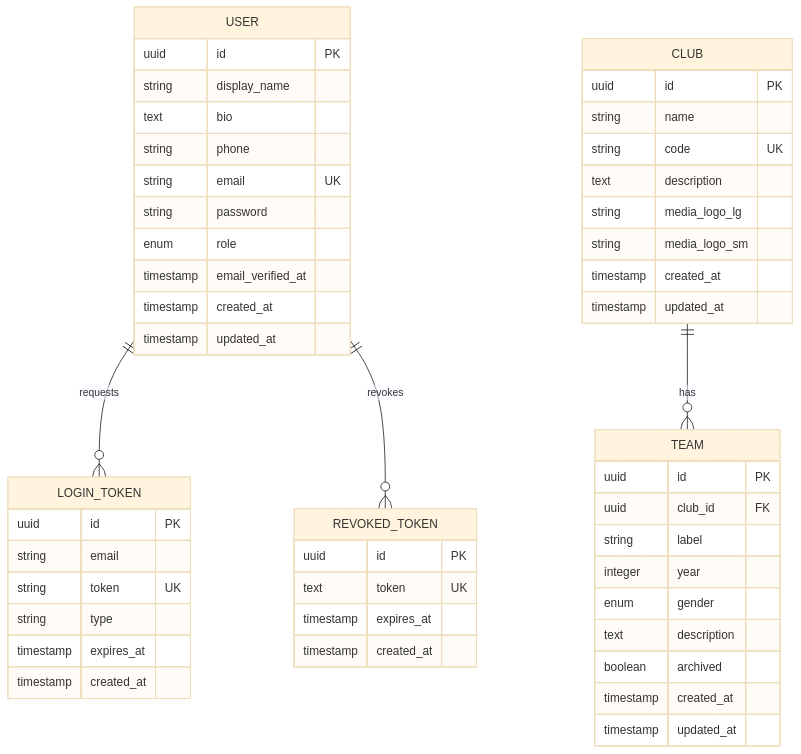
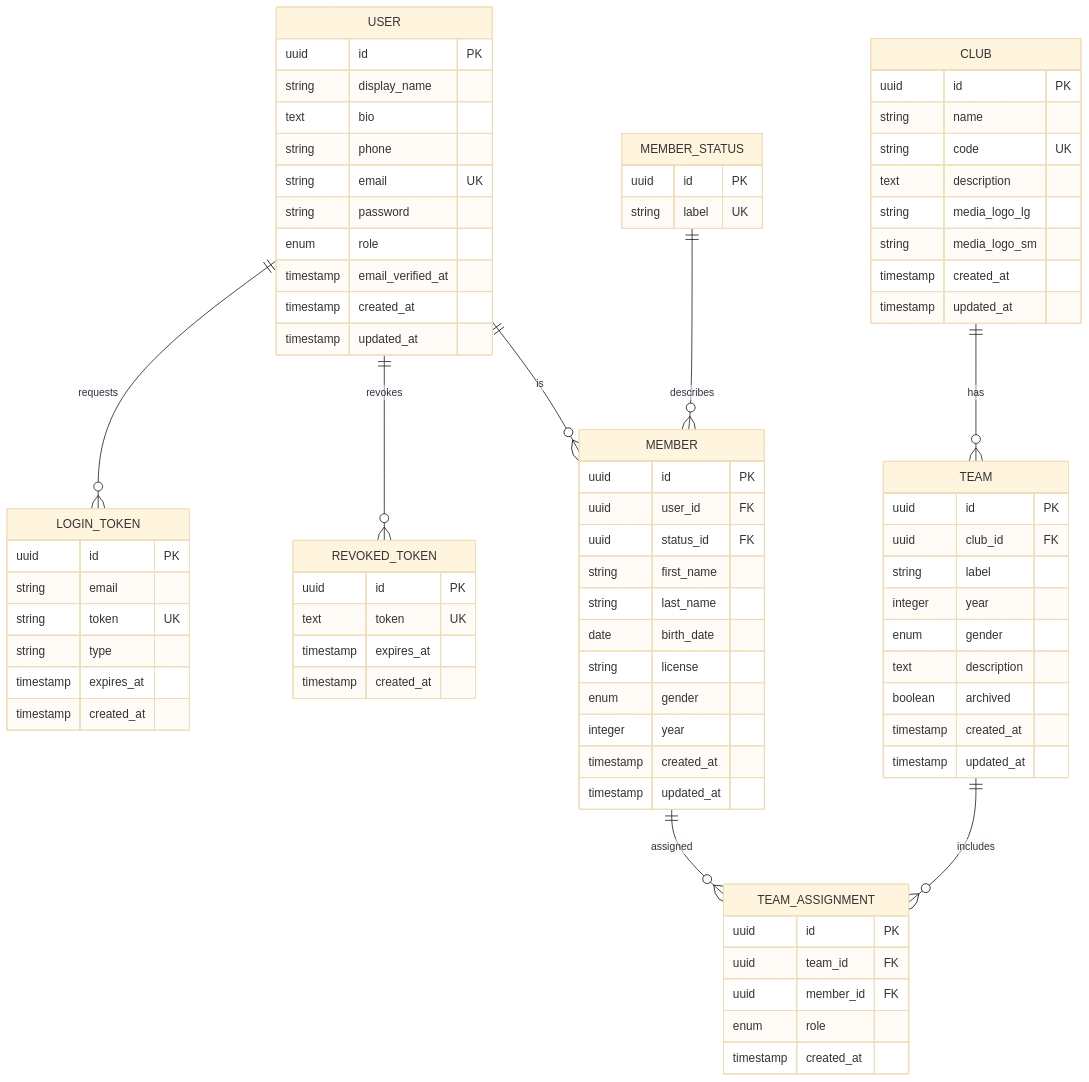
Before and after one commit to antoinefricker/u-club: the diagram in documentation/database-diagram.mermaid, drawn with Mermaid (base theme). The commit also changed 2 other files, not shown here.

Commit message:
docs: add members plan and update diagram

```diff
--- a/documentation/database-diagram.mermaid
+++ b/documentation/database-diagram.mermaid
@@ -1,58 +1,89 @@
 erDiagram
     USER {
         uuid id PK
         string display_name
         text bio
         string phone
         string email UK
         string password
         enum role
         timestamp email_verified_at
         timestamp created_at
         timestamp updated_at
     }
 
     LOGIN_TOKEN {
         uuid id PK
         string email
         string token UK
         string type
         timestamp expires_at
         timestamp created_at
     }
 
     CLUB {
         uuid id PK
         string name
         string code UK
         text description
         string media_logo_lg
         string media_logo_sm
         timestamp created_at
         timestamp updated_at
     }
 
     TEAM {
         uuid id PK
         uuid club_id FK
         string label
         integer year
         enum gender
         text description
         boolean archived
         timestamp created_at
         timestamp updated_at
     }
 
+    MEMBER_STATUS {
+        uuid id PK
+        string label UK
+    }
+
+    MEMBER {
+        uuid id PK
+        uuid user_id FK
+        uuid status_id FK
+        string first_name
+        string last_name
+        date birth_date
+        string license
+        enum gender
+        integer year
+        timestamp created_at
+        timestamp updated_at
+    }
+
+    TEAM_ASSIGNMENT {
+        uuid id PK
+        uuid team_id FK
+        uuid member_id FK
+        enum role
+        timestamp created_at
+    }
+
     REVOKED_TOKEN {
         uuid id PK
         text token UK
         timestamp expires_at
         timestamp created_at
     }
 
     %% ── Relationships ────────────────────────────────────
 
     USER          ||--o{ LOGIN_TOKEN        : "requests"
     USER          ||--o{ REVOKED_TOKEN      : "revokes"
     CLUB          ||--o{ TEAM               : "has"
+    USER          ||--o{ MEMBER             : "is"
+    MEMBER_STATUS ||--o{ MEMBER             : "describes"
+    MEMBER        ||--o{ TEAM_ASSIGNMENT    : "assigned"
+    TEAM          ||--o{ TEAM_ASSIGNMENT    : "includes"
```
